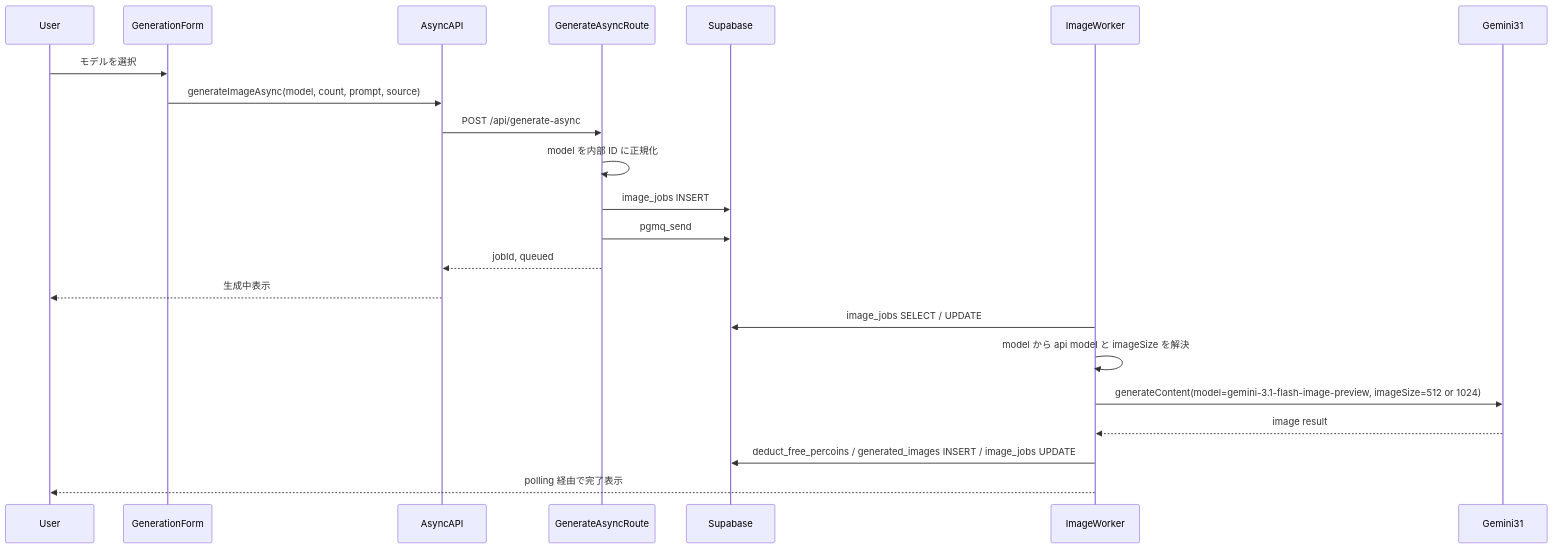
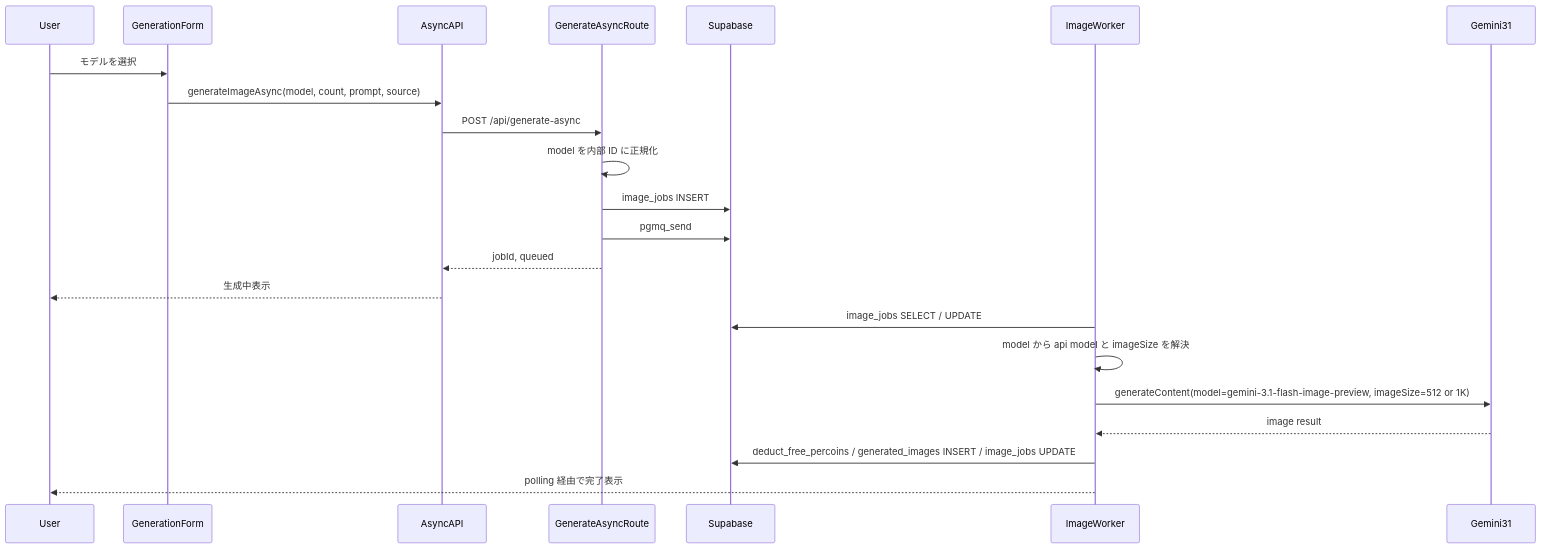
Before and after one commit to 3balljugglerYu/ai_coordinate: the second of 3 diagrams in docs/planning/coordinate-nano-banana-2-model-update-plan.md, drawn with Mermaid. The commit also changed other lines of this file, not shown here.

````diff
--- a/docs/planning/coordinate-nano-banana-2-model-update-plan.md
+++ b/docs/planning/coordinate-nano-banana-2-model-update-plan.md
@@ -50,25 +50,25 @@
 ```mermaid
 sequenceDiagram
     participant U as User
     participant F as GenerationForm
     participant A as AsyncAPI
     participant R as GenerateAsyncRoute
     participant DB as Supabase
     participant W as ImageWorker
     participant G as Gemini31
 
     U->>F: モデルを選択
     F->>A: generateImageAsync(model, count, prompt, source)
     A->>R: POST /api/generate-async
     R->>R: model を内部 ID に正規化
     R->>DB: image_jobs INSERT
     R->>DB: pgmq_send
     R-->>A: jobId, queued
     A-->>U: 生成中表示
     W->>DB: image_jobs SELECT / UPDATE
     W->>W: model から api model と imageSize を解決
-    W->>G: generateContent(model=gemini-3.1-flash-image-preview, imageSize=512 or 1024)
+    W->>G: generateContent(model=gemini-3.1-flash-image-preview, imageSize=512 or 1K)
     G-->>W: image result
     W->>DB: deduct_free_percoins / generated_images INSERT / image_jobs UPDATE
     W-->>U: polling 経由で完了表示
 ```
````
